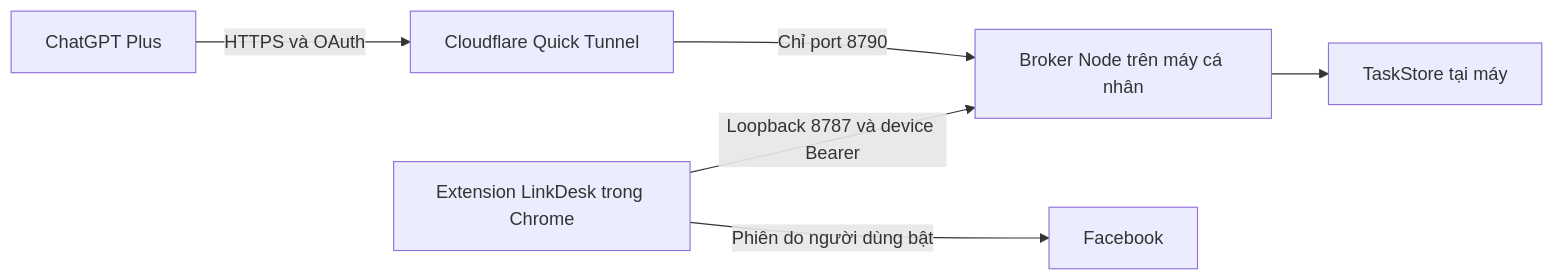
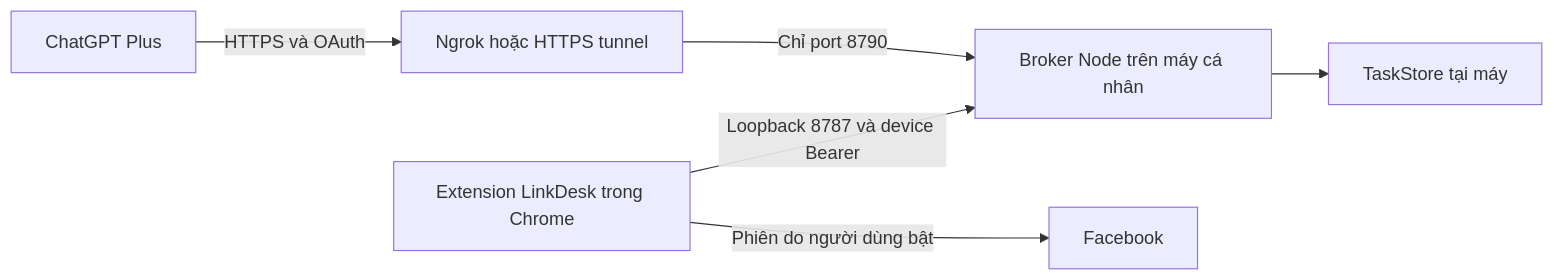
The diagram in docs/DEPLOYMENT.md (phung086/auto-aff), drawn with Mermaid before and after one commit. The commit also changed other lines of this file and 20 other files, not shown here.

Commit message:
Add local ChatGPT plan worker and consolidate ngrok connection

````diff
--- a/docs/DEPLOYMENT.md
+++ b/docs/DEPLOYMENT.md
@@ -7,8 +7,8 @@
 ```mermaid
 flowchart LR
-  A[ChatGPT Plus] -->|HTTPS và OAuth| T[Cloudflare Quick Tunnel]
+  A[ChatGPT Plus] -->|HTTPS và OAuth| T[Ngrok hoặc HTTPS tunnel]
   T -->|Chỉ port 8790| B[Broker Node trên máy cá nhân]
   C[Extension LinkDesk trong Chrome] -->|Loopback 8787 và device Bearer| B
   B --> D[TaskStore tại máy]
   C -->|Phiên do người dùng bật| F[Facebook]
 ```
````
